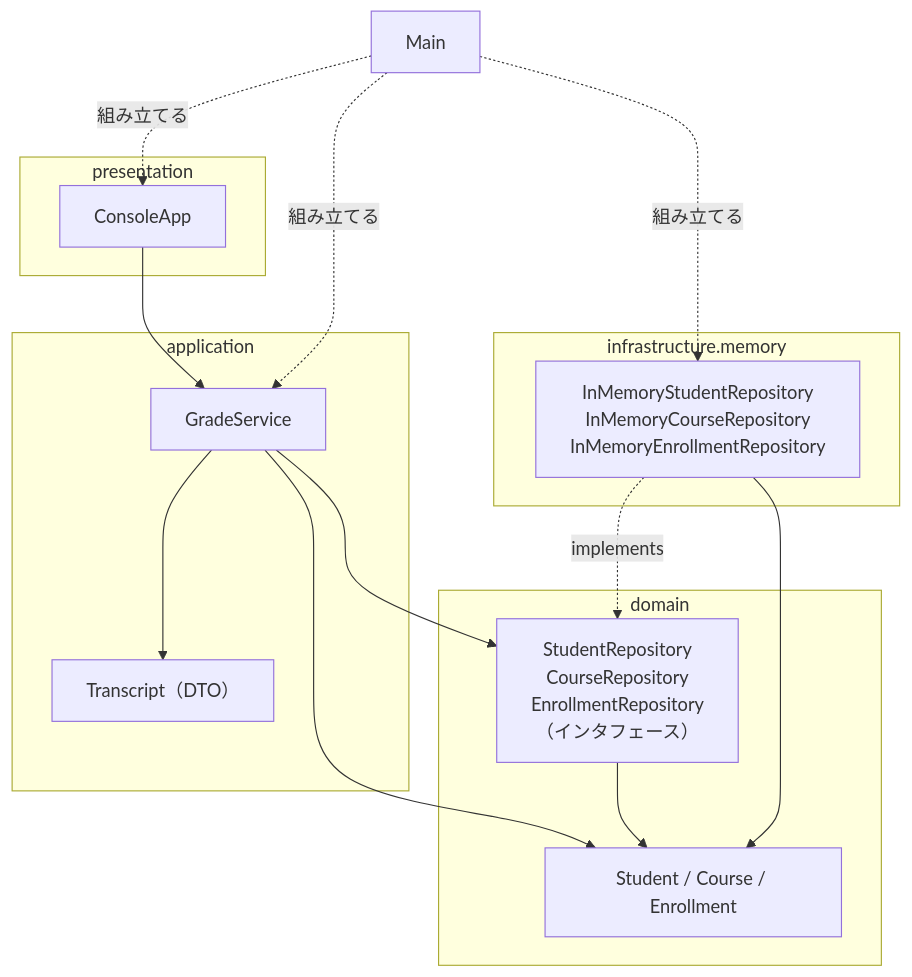
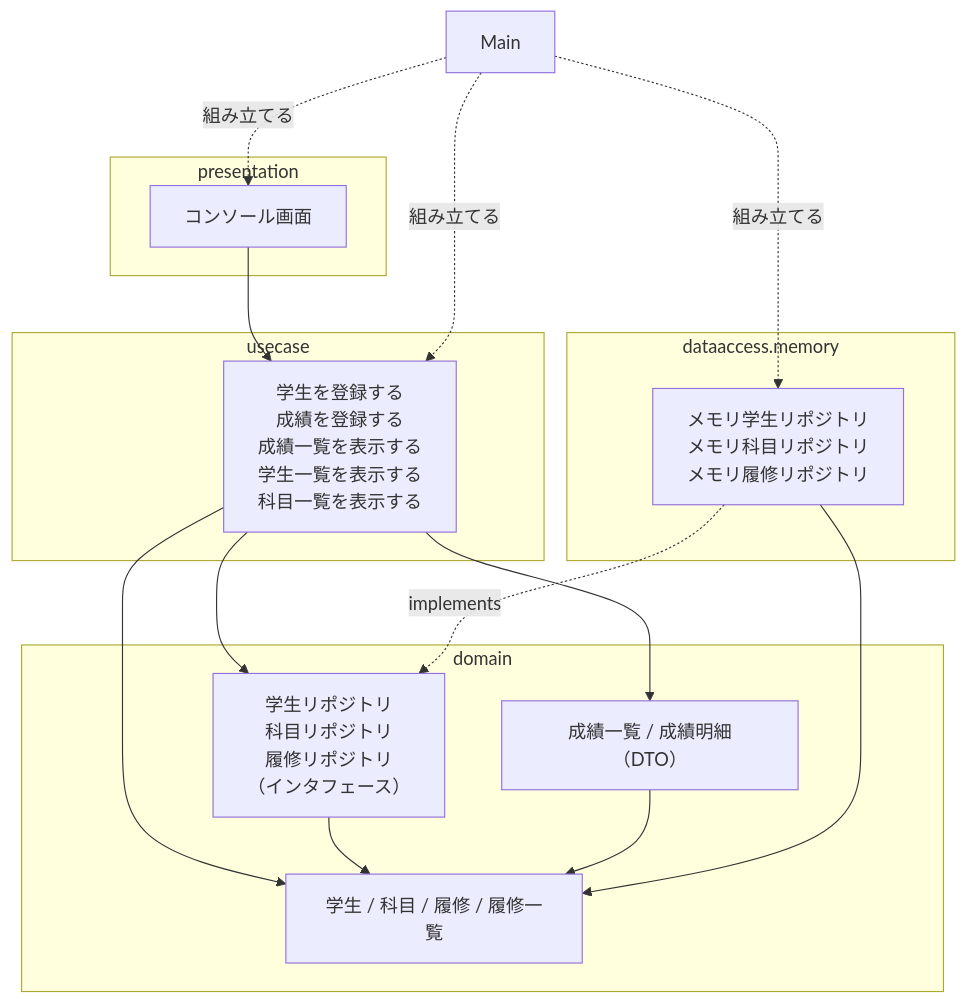
Before and after one commit to YTS0418/PRMN_SYSTEM_Lecture: the first of 2 diagrams in 4層アーキテクチャ/06_サンプル実装の読み方.md, drawn with Mermaid. The commit also changed other lines of this file and 14 other files, not shown here.

````diff
--- a/4層アーキテクチャ/06_サンプル実装の読み方.md
+++ b/4層アーキテクチャ/06_サンプル実装の読み方.md
@@ -61,28 +64,29 @@
 ```mermaid
 flowchart TB
     main["Main"]
     subgraph P["presentation"]
-        console["ConsoleApp"]
+        console["コンソール画面"]
     end
-    subgraph A["application"]
-        service["GradeService"]
-        dto["Transcript（DTO）"]
+    subgraph A["usecase"]
+        service["学生を登録する<br>成績を登録する<br>成績一覧を表示する<br>学生一覧を表示する<br>科目一覧を表示する"]
     end
     subgraph D["domain"]
-        entity["Student / Course / Enrollment"]
-        repo["StudentRepository<br>CourseRepository<br>EnrollmentRepository<br>（インタフェース）"]
+        entity["学生 / 科目 / 履修 / 履修一覧"]
+        dto["成績一覧 / 成績明細（DTO）"]
+        repo["学生リポジトリ<br>科目リポジトリ<br>履修リポジトリ<br>（インタフェース）"]
     end
-    subgraph I["infrastructure.memory"]
-        impl["InMemoryStudentRepository<br>InMemoryCourseRepository<br>InMemoryEnrollmentRepository"]
+    subgraph I["dataaccess.memory"]
+        impl["メモリ学生リポジトリ<br>メモリ科目リポジトリ<br>メモリ履修リポジトリ"]
     end
     console --> service
     service --> dto
     service --> repo
     service --> entity
     repo --> entity
+    dto --> entity
     impl -. implements .-> repo
     impl --> entity
     main -. 組み立てる .-> console
     main -. 組み立てる .-> service
     main -. 組み立てる .-> impl
 ```
````
